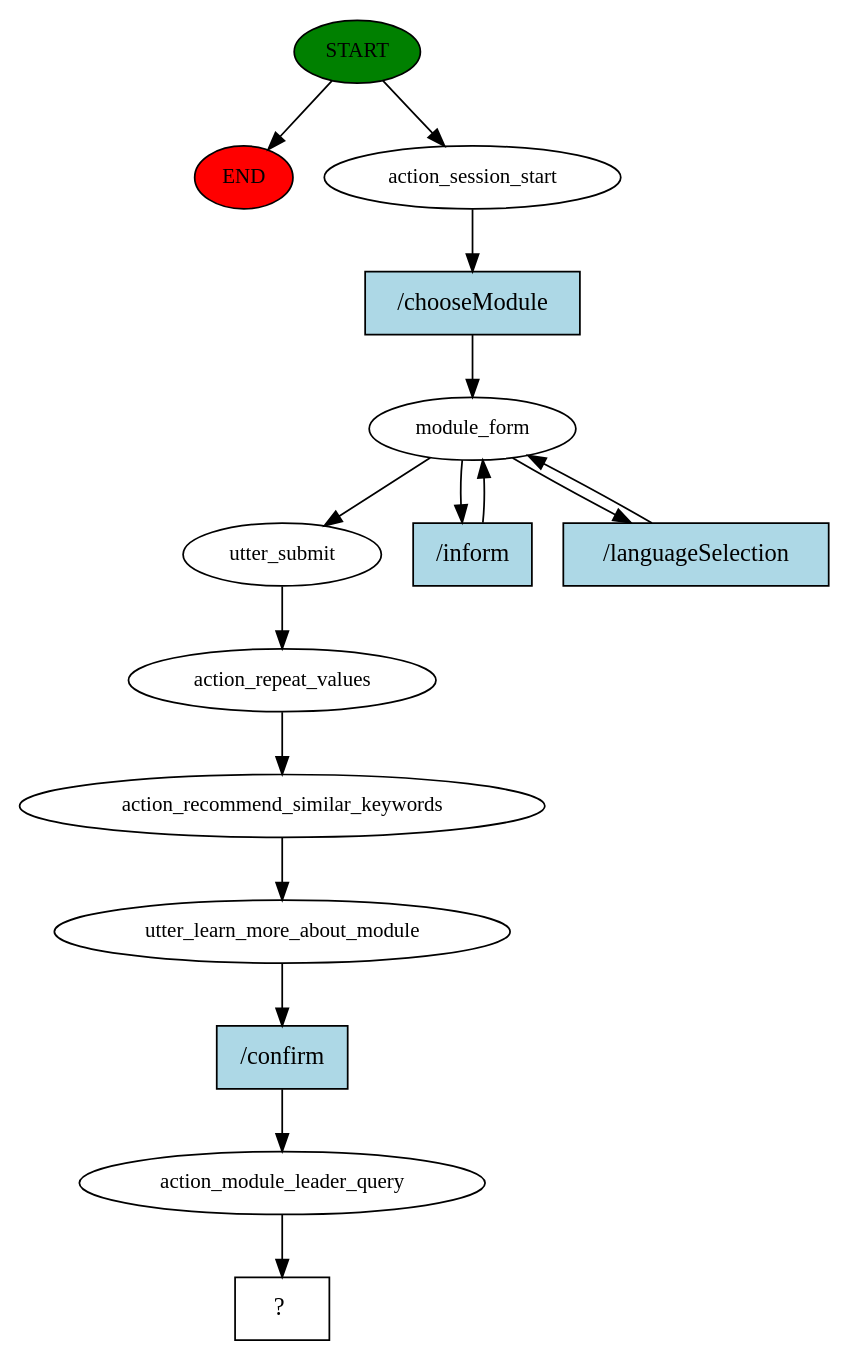
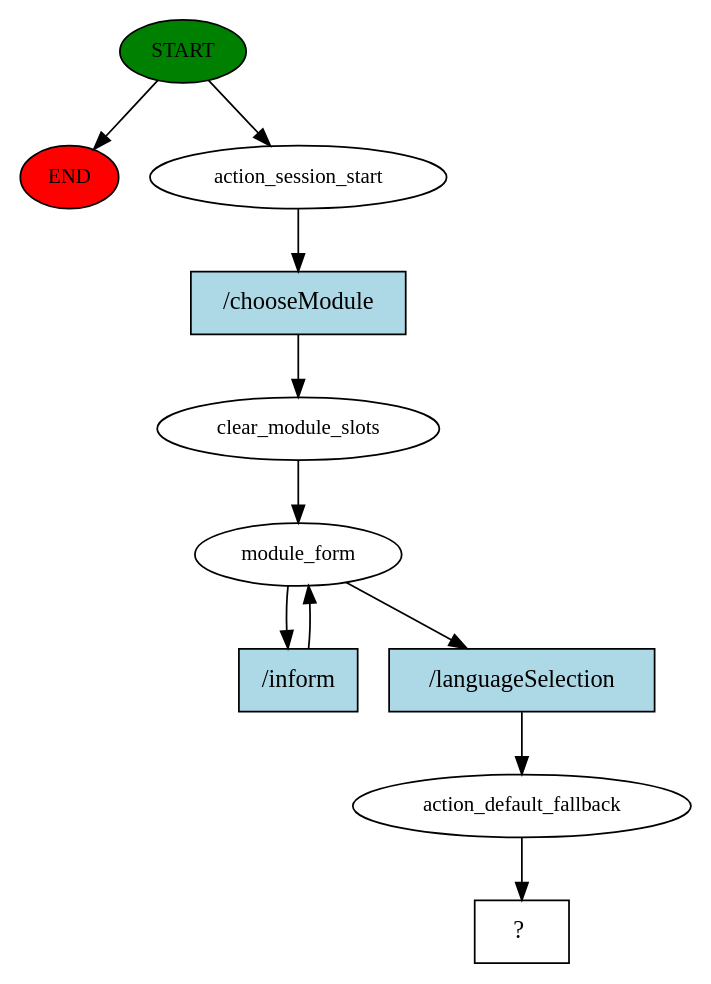
The diagram in story_graph.dot (lewisstevenmackenzie/Dissertation1), drawn with Graphviz before and after one commit. The commit also changed 91 other files, not shown here.

```diff
--- a/story_graph.dot
+++ b/story_graph.dot
@@ -1,31 +1,22 @@
 digraph  {
 0 [class="start active", fillcolor=green, fontsize=12, label=START, style=filled];
 "-1" [class=end, fillcolor=red, fontsize=12, label=END, style=filled];
 1 [class=active, fontsize=12, label=action_session_start];
-2 [class=active, fontsize=12, label=module_form];
-6 [class=active, fontsize=12, label=utter_submit];
-7 [class=active, fontsize=12, label=action_repeat_values];
-8 [class=active, fontsize=12, label=action_recommend_similar_keywords];
-9 [class=active, fontsize=12, label=utter_learn_more_about_module];
-10 [class=active, fontsize=12, label=action_module_leader_query];
-11 [class="intent dashed active", label="  ?  ", shape=rect];
-12 [class="intent active", fillcolor=lightblue, label="/chooseModule", shape=rect, style=filled];
-13 [class="intent active", fillcolor=lightblue, label="/inform", shape=rect, style=filled];
-14 [class="intent active", fillcolor=lightblue, label="/languageSelection", shape=rect, style=filled];
-15 [class="intent active", fillcolor=lightblue, label="/confirm", shape=rect, style=filled];
+2 [class=active, fontsize=12, label=clear_module_slots];
+3 [class=active, fontsize=12, label=module_form];
+6 [class=active, fontsize=12, label=action_default_fallback];
+7 [class="intent dashed active", label="  ?  ", shape=rect];
+8 [class="intent active", fillcolor=lightblue, label="/chooseModule", shape=rect, style=filled];
+9 [class="intent active", fillcolor=lightblue, label="/inform", shape=rect, style=filled];
+10 [class="intent active", fillcolor=lightblue, label="/languageSelection", shape=rect, style=filled];
 0 -> "-1"  [class="", key=NONE, label=""];
 0 -> 1  [class=active, key=NONE, label=""];
-1 -> 12  [class=active, key=0];
-2 -> 6  [class=active, key=NONE, label=""];
-2 -> 13  [class=active, key=0];
-2 -> 14  [class=active, key=0];
+1 -> 8  [class=active, key=0];
+2 -> 3  [class=active, key=NONE, label=""];
+3 -> 9  [class=active, key=0];
+3 -> 10  [class=active, key=0];
 6 -> 7  [class=active, key=NONE, label=""];
-7 -> 8  [class=active, key=NONE, label=""];
-8 -> 9  [class=active, key=NONE, label=""];
-9 -> 15  [class=active, key=0];
-10 -> 11  [class=active, key=NONE, label=""];
-12 -> 2  [class=active, key=0];
-13 -> 2  [class=active, key=0];
-14 -> 2  [class=active, key=0];
-15 -> 10  [class=active, key=0];
+8 -> 2  [class=active, key=0];
+9 -> 3  [class=active, key=0];
+10 -> 6  [class=active, key=0];
 }
```
